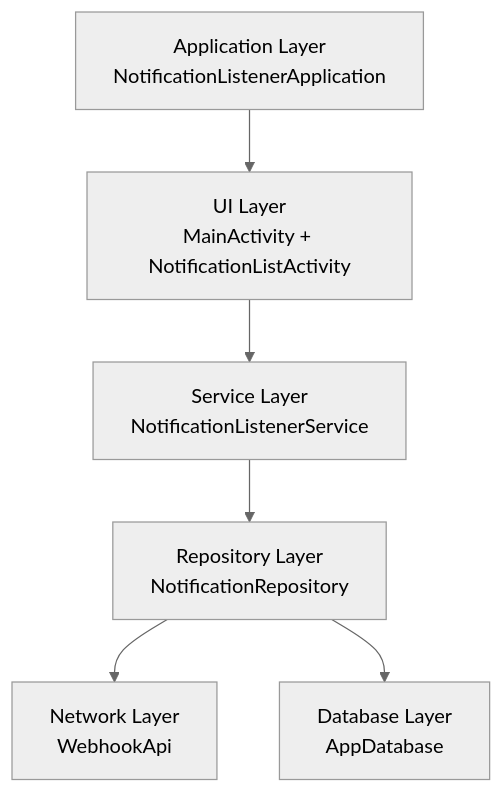
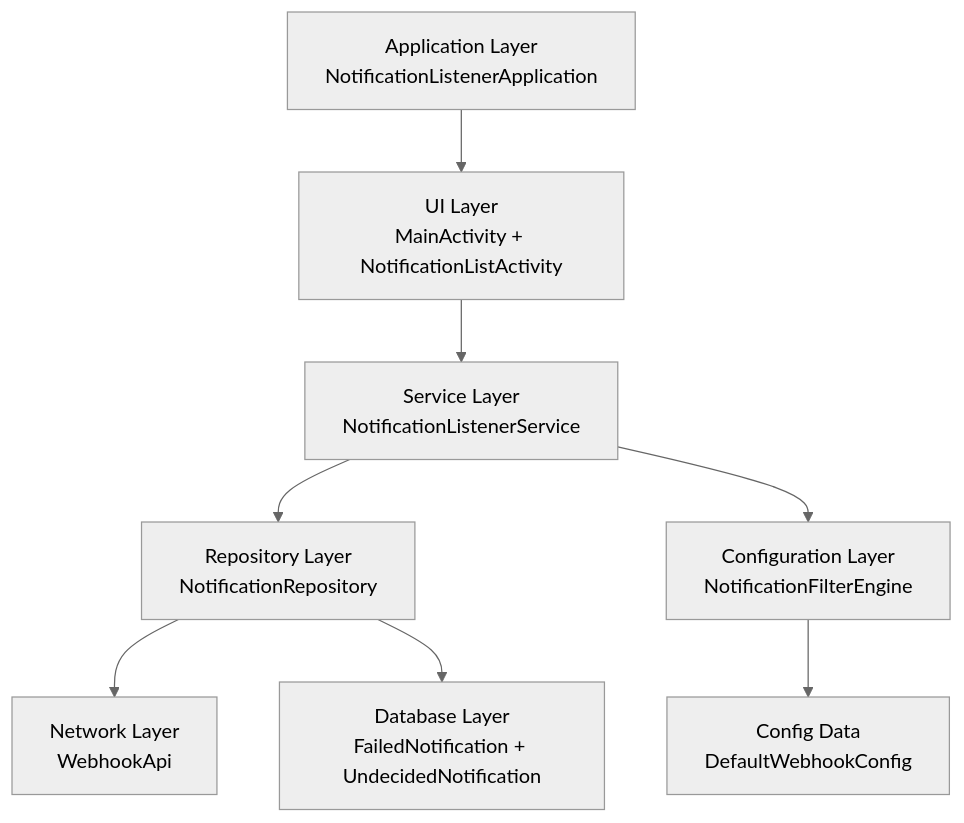
The first of 2 diagrams in README.md (daohoangson/android-notification-listener), drawn with Mermaid (neutral theme) before and after one commit. The commit also changed other lines of this file, not shown here.

````diff
--- a/README.md
+++ b/README.md
@@ -16,8 +17,10 @@
 ```mermaid
 graph TD
     A[Application Layer<br/>NotificationListenerApplication] --> B[UI Layer<br/>MainActivity + NotificationListActivity]
     B --> C[Service Layer<br/>NotificationListenerService]
     C --> D[Repository Layer<br/>NotificationRepository]
     D --> E[Network Layer<br/>WebhookApi]
-    D --> F[Database Layer<br/>AppDatabase]
+    D --> F[Database Layer<br/>FailedNotification + UndecidedNotification]
+    C --> G[Configuration Layer<br/>NotificationFilterEngine]
+    G --> H[Config Data<br/>DefaultWebhookConfig]
 ```
````
